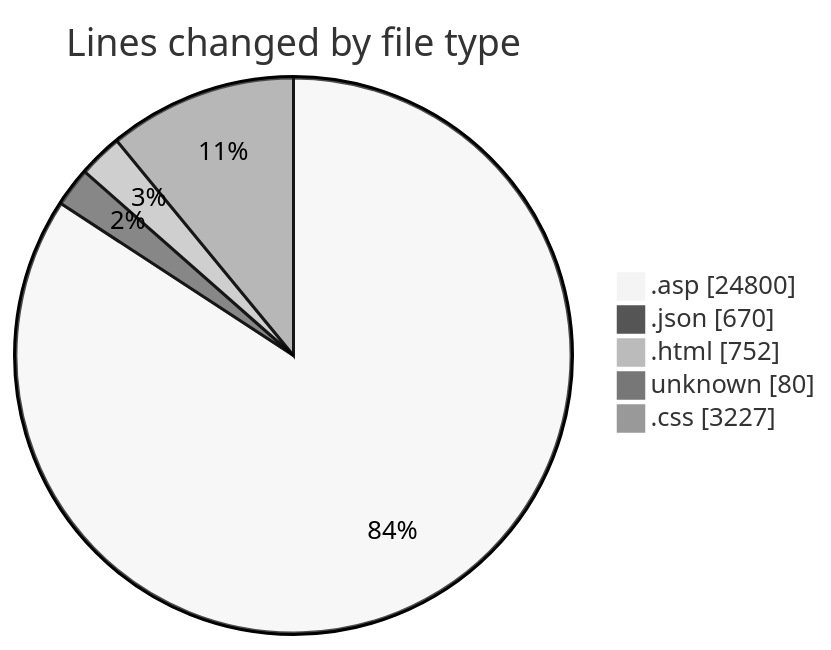
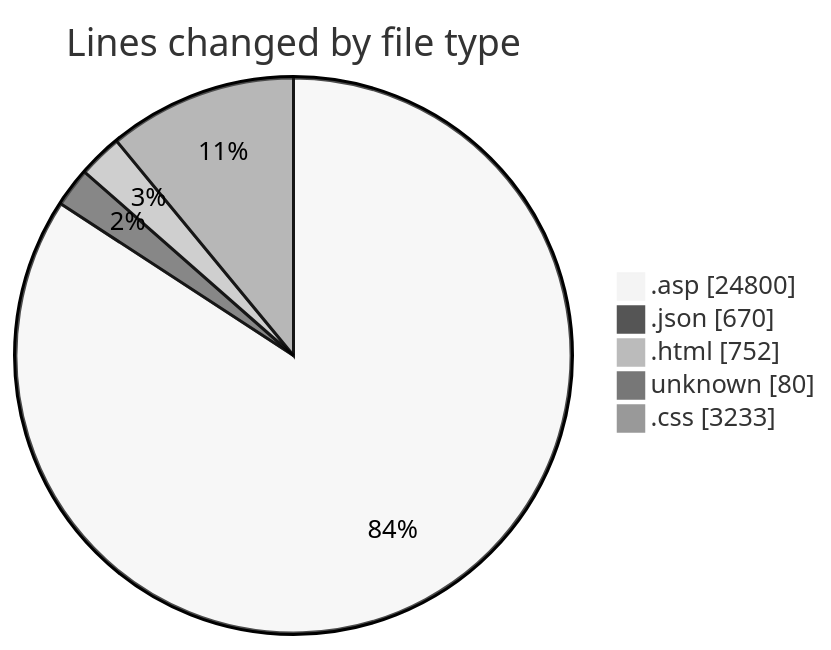
Before and after one commit to julien-gomy/code-tracking: the first of 2 diagrams in 2025-11-01/cdp_aleoudev_fr__workspace_/README.md, drawn with Mermaid (neutral theme). The commit also changed other lines of this file and 1 other file, not shown here.

````diff
--- a/2025-11-01/cdp_aleoudev_fr__workspace_/README.md
+++ b/2025-11-01/cdp_aleoudev_fr__workspace_/README.md
@@ -37,9 +37,9 @@
 ```mermaid
 pie showData
 title Lines changed by file type
 ".asp" : 24800
 ".json" : 670
 ".html" : 752
 "unknown" : 80
-".css" : 3227
+".css" : 3233
 ```
````
